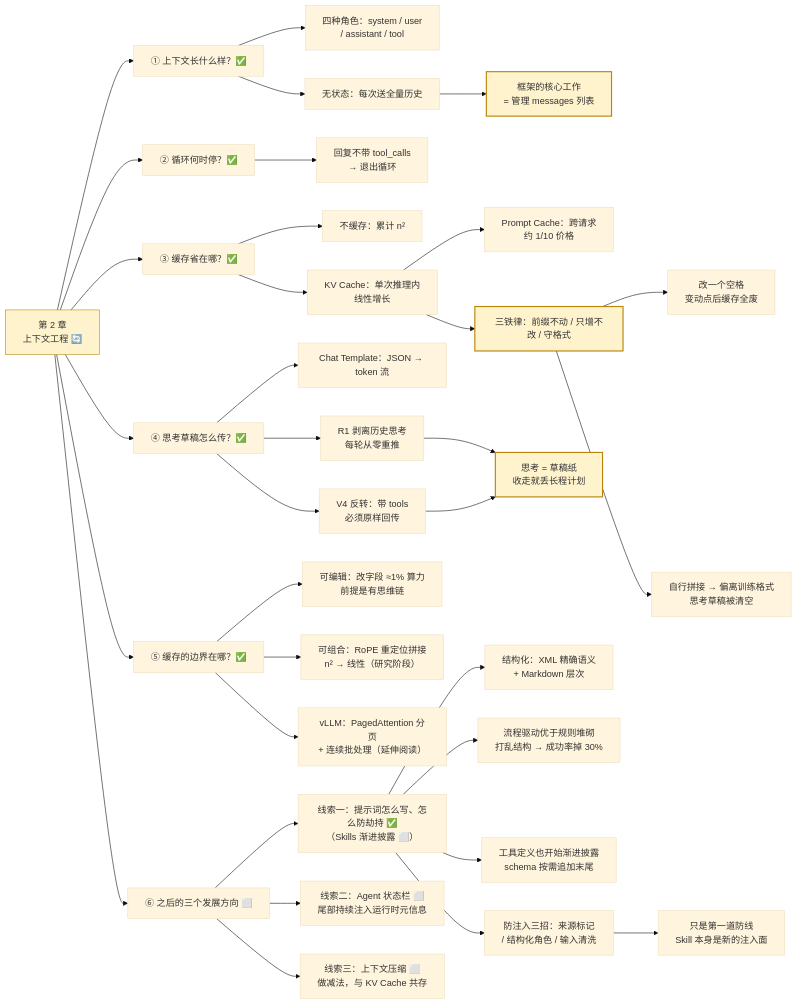
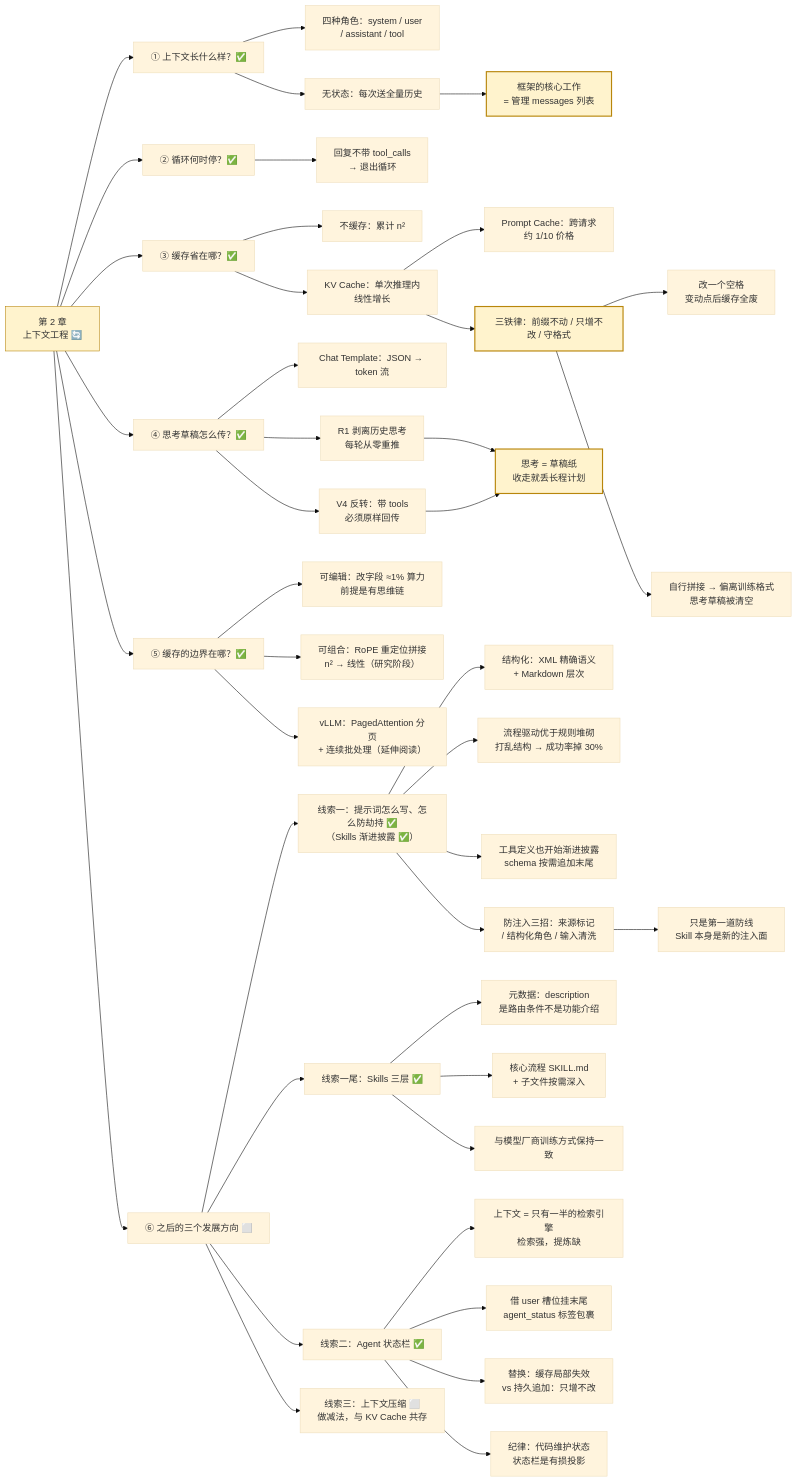
The third of 3 diagrams in source/agent-book/index.md (dongxuanmang/dongxuanmang.github.io), drawn with Mermaid (base theme) before and after one commit. The commit also changed other lines of this file and 2 other files, not shown here.

Commit message:
content: 发布精读第八篇——上下文是台只有一半的检索引擎（Skills 与状态栏）

```diff
--- a/source/agent-book/index.md
+++ b/source/agent-book/index.md
@@ -109,46 +109,54 @@
 {% mermaid %}
 graph LR
     CH2["第 2 章<br/>上下文工程 🔄"] --> Q1["① 上下文长什么样？✅"]
     CH2 --> Q2["② 循环何时停？✅"]
     CH2 --> Q3["③ 缓存省在哪？✅"]
     CH2 --> Q4["④ 思考草稿怎么传？✅"]
     CH2 --> Q5["⑤ 缓存的边界在哪？✅"]
     CH2 --> Q6["⑥ 之后的三个发展方向 ⬜"]
 
     Q1 --> A1["四种角色：system / user<br/>/ assistant / tool"]
     Q1 --> A2["无状态：每次送全量历史"]
     A2 --> A3["框架的核心工作<br/>= 管理 messages 列表"]
 
     Q2 --> B1["回复不带 tool_calls<br/>→ 退出循环"]
 
     Q3 --> C1["不缓存：累计 n²"]
     Q3 --> C2["KV Cache：单次推理内<br/>线性增长"]
     C2 --> C21["Prompt Cache：跨请求<br/>约 1/10 价格"]
     C2 --> C22["三铁律：前缀不动 / 只增不改 / 守格式"]
     C22 --> C23["改一个空格<br/>变动点后缓存全废"]
     C22 --> C24["自行拼接 → 偏离训练格式<br/>思考草稿被清空"]
 
     Q4 --> D1["Chat Template：JSON → token 流"]
     Q4 --> D2["R1 剥离历史思考<br/>每轮从零重推"]
     Q4 --> D3["V4 反转：带 tools<br/>必须原样回传"]
     D2 --> D4["思考 = 草稿纸<br/>收走就丢长程计划"]
     D3 --> D4
 
     Q5 --> E1["可编辑：改字段 ≈1% 算力<br/>前提是有思维链"]
     Q5 --> E2["可组合：RoPE 重定位拼接<br/>n² → 线性（研究阶段）"]
     Q5 --> E3["vLLM：PagedAttention 分页<br/>+ 连续批处理（延伸阅读）"]
 
-    Q6 --> F1["线索一：提示词怎么写、怎么防劫持 ✅<br/>（Skills 渐进披露 ⬜）"]
+    Q6 --> F1["线索一：提示词怎么写、怎么防劫持 ✅<br/>（Skills 渐进披露 ✅）"]
     F1 --> F11["结构化：XML 精确语义<br/>+ Markdown 层次"]
     F1 --> F12["流程驱动优于规则堆砌<br/>打乱结构 → 成功率掉 30%"]
     F1 --> F13["工具定义也开始渐进披露<br/>schema 按需追加末尾"]
     F1 --> F14["防注入三招：来源标记<br/>/ 结构化角色 / 输入清洗"]
     F14 --> F15["只是第一道防线<br/>Skill 本身是新的注入面"]
-    Q6 --> F2["线索二：Agent 状态栏 ⬜<br/>尾部持续注入运行时元信息"]
+    Q6 --> F1b["线索一尾：Skills 三层 ✅"]
+    F1b --> F1b1["元数据：description<br/>是路由条件不是功能介绍"]
+    F1b --> F1b2["核心流程 SKILL.md<br/>+ 子文件按需深入"]
+    F1b --> F1b3["与模型厂商训练方式保持一致"]
+    Q6 --> F2["线索二：Agent 状态栏 ✅"]
+    F2 --> F21["上下文 = 只有一半的检索引擎<br/>检索强，提炼缺"]
+    F2 --> F22["借 user 槽位挂末尾<br/>agent_status 标签包裹"]
+    F2 --> F23["替换：缓存局部失效<br/>vs 持久追加：只增不改"]
+    F2 --> F24["纪律：代码维护状态<br/>状态栏是有损投影"]
     Q6 --> F3["线索三：上下文压缩 ⬜<br/>做减法，与 KV Cache 共存"]
 
     style CH2 fill:#fff3cd,stroke:#b8860b
     style A3 fill:#fff3cd,stroke:#b8860b,stroke-width:2px
     style C22 fill:#fff3cd,stroke:#b8860b,stroke-width:2px
     style D4 fill:#fff3cd,stroke:#b8860b,stroke-width:2px
 {% endmermaid %}
```
